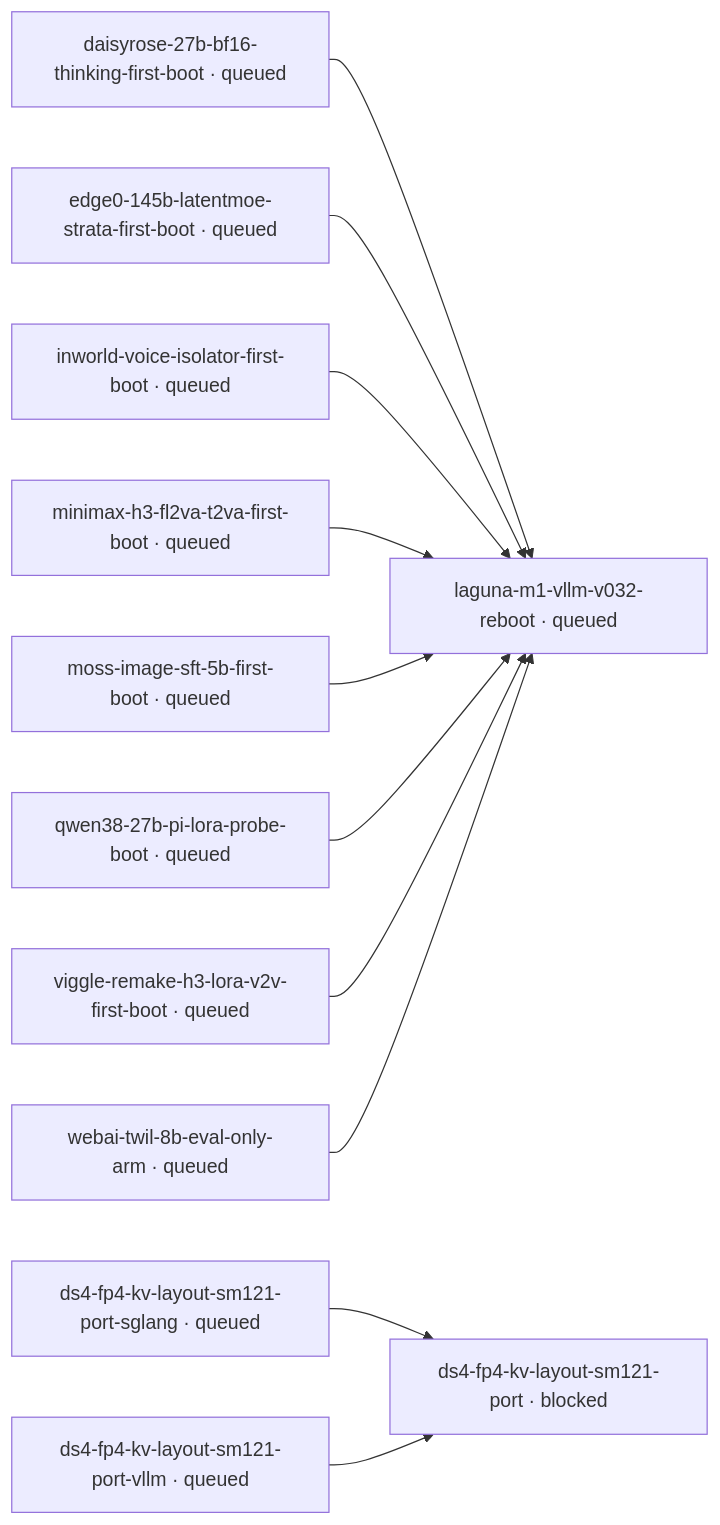
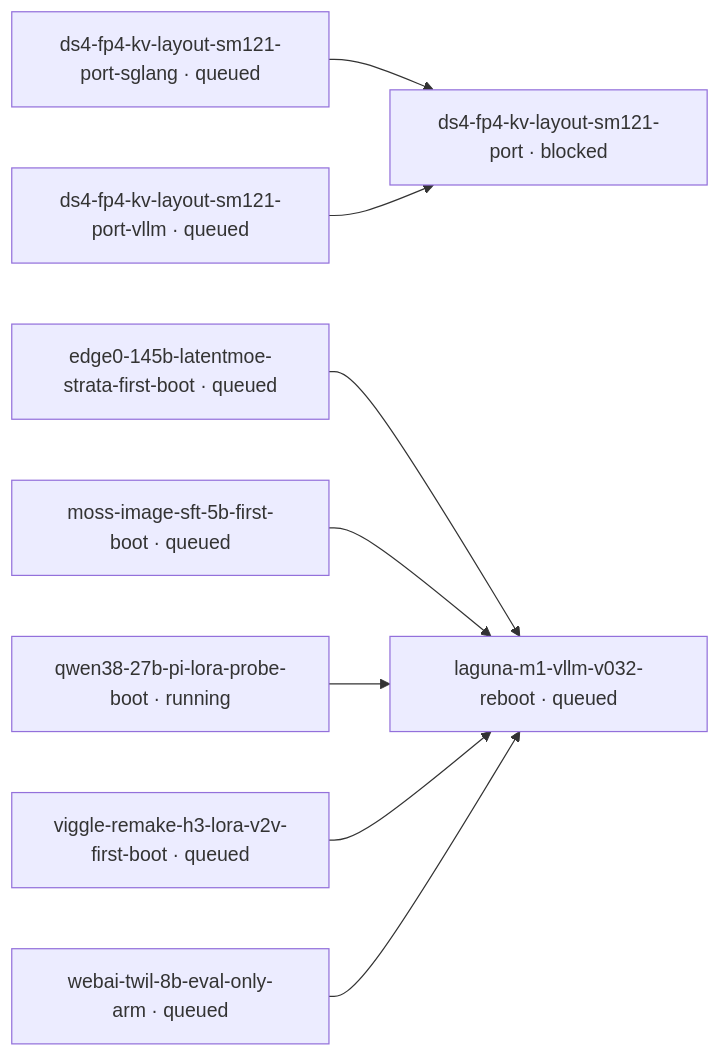
Before and after one commit to littlecedar/sparkrun-recipe-registry: the diagram in mad-science/STATUS.md, drawn with Mermaid. The commit also changed other lines of this file, not shown here.

````diff
--- a/mad-science/STATUS.md
+++ b/mad-science/STATUS.md
@@ -21,27 +21,21 @@
 ```mermaid
 flowchart LR
-  %% 2 blocked, 10 edges, 1 prose-gated, 0 question-gated, 0 question, 21 rows not drawn (--all)
-  t1["daisyrose-27b-bf16-thinking-first-boot · queued"]
-  t2["ds4-fp4-kv-layout-sm121-port · blocked"]
-  t3["ds4-fp4-kv-layout-sm121-port-sglang · queued"]
-  t4["ds4-fp4-kv-layout-sm121-port-vllm · queued"]
-  t5["edge0-145b-latentmoe-strata-first-boot · queued"]
-  t6["inworld-voice-isolator-first-boot · queued"]
-  t7["laguna-m1-vllm-v032-reboot · queued"]
-  t8["minimax-h3-fl2va-t2va-first-boot · queued"]
-  t9["moss-image-sft-5b-first-boot · queued"]
-  t10["qwen38-27b-pi-lora-probe-boot · queued"]
-  t11["viggle-remake-h3-lora-v2v-first-boot · queued"]
-  t12["webai-twil-8b-eval-only-arm · queued"]
-  t1 --> t7
-  t3 --> t2
-  t4 --> t2
-  t5 --> t7
-  t6 --> t7
-  t8 --> t7
-  t9 --> t7
-  t10 --> t7
-  t11 --> t7
-  t12 --> t7
+  %% 2 blocked, 7 edges, 1 prose-gated, 0 question-gated, 0 question, 21 rows not drawn (--all)
+  t1["ds4-fp4-kv-layout-sm121-port · blocked"]
+  t2["ds4-fp4-kv-layout-sm121-port-sglang · queued"]
+  t3["ds4-fp4-kv-layout-sm121-port-vllm · queued"]
+  t4["edge0-145b-latentmoe-strata-first-boot · queued"]
+  t5["laguna-m1-vllm-v032-reboot · queued"]
+  t6["moss-image-sft-5b-first-boot · queued"]
+  t7["qwen38-27b-pi-lora-probe-boot · running"]
+  t8["viggle-remake-h3-lora-v2v-first-boot · queued"]
+  t9["webai-twil-8b-eval-only-arm · queued"]
+  t2 --> t1
+  t3 --> t1
+  t4 --> t5
+  t6 --> t5
+  t7 --> t5
+  t8 --> t5
+  t9 --> t5
   classDef no-recorded-edge stroke-dasharray: 4 3
 ```
````
